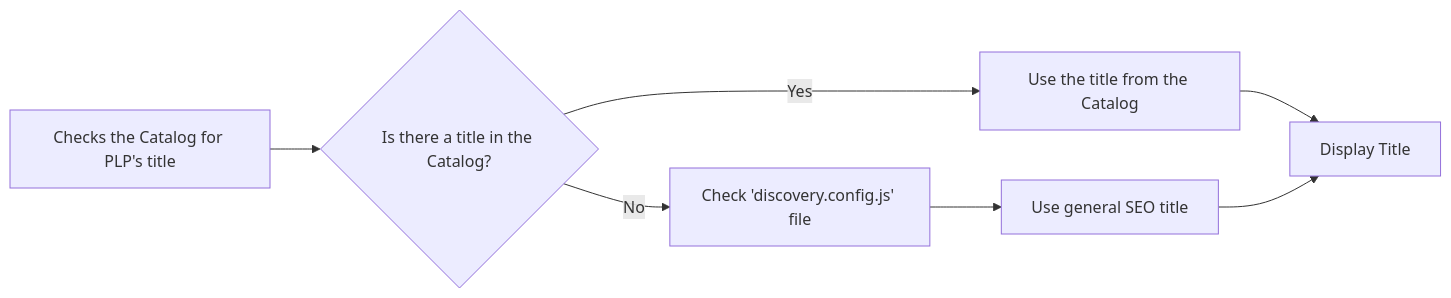
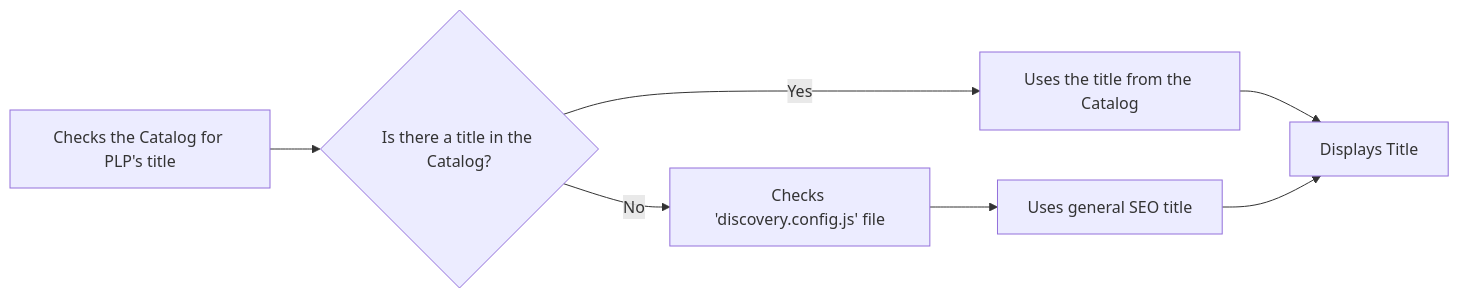
Before and after one commit to vtexdocs/dev-portal-content: the first of 3 diagrams in docs/faststore/docs/managing-performance/managing-lazy-loading-sections-on-plp.mdx, drawn with Mermaid. The commit also changed other lines of this file, not shown here.

````diff
--- a/docs/faststore/docs/managing-performance/managing-lazy-loading-sections-on-plp.mdx
+++ b/docs/faststore/docs/managing-performance/managing-lazy-loading-sections-on-plp.mdx
@@ -22,9 +22,9 @@
 ```mermaid
 graph LR
 A[Checks the Catalog for PLP's title] --> B{Is there a title in the Catalog?};
-B -- Yes --> C[Use the title from the Catalog];
-B -- No --> D[Check 'discovery.config.js' file];
-D --> E[Use general SEO title];
-C --> F[Display Title];
+B -- Yes --> C[Uses the title from the Catalog];
+B -- No --> D[Checks 'discovery.config.js' file];
+D --> E[Uses general SEO title];
+C --> F[Displays Title];
 E --> F;
 ```
````
